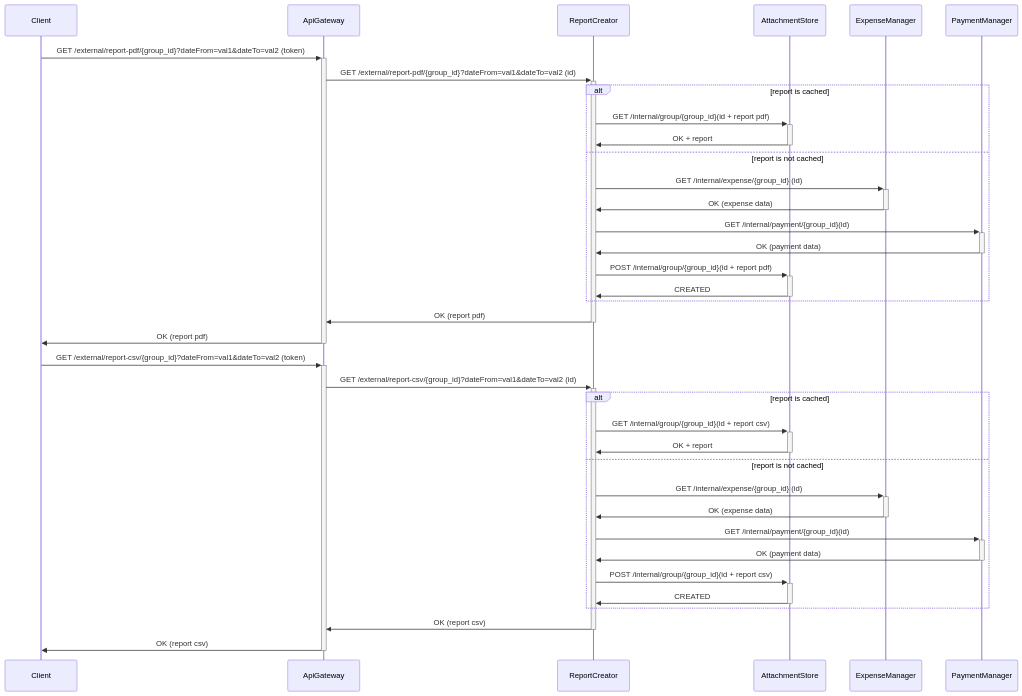
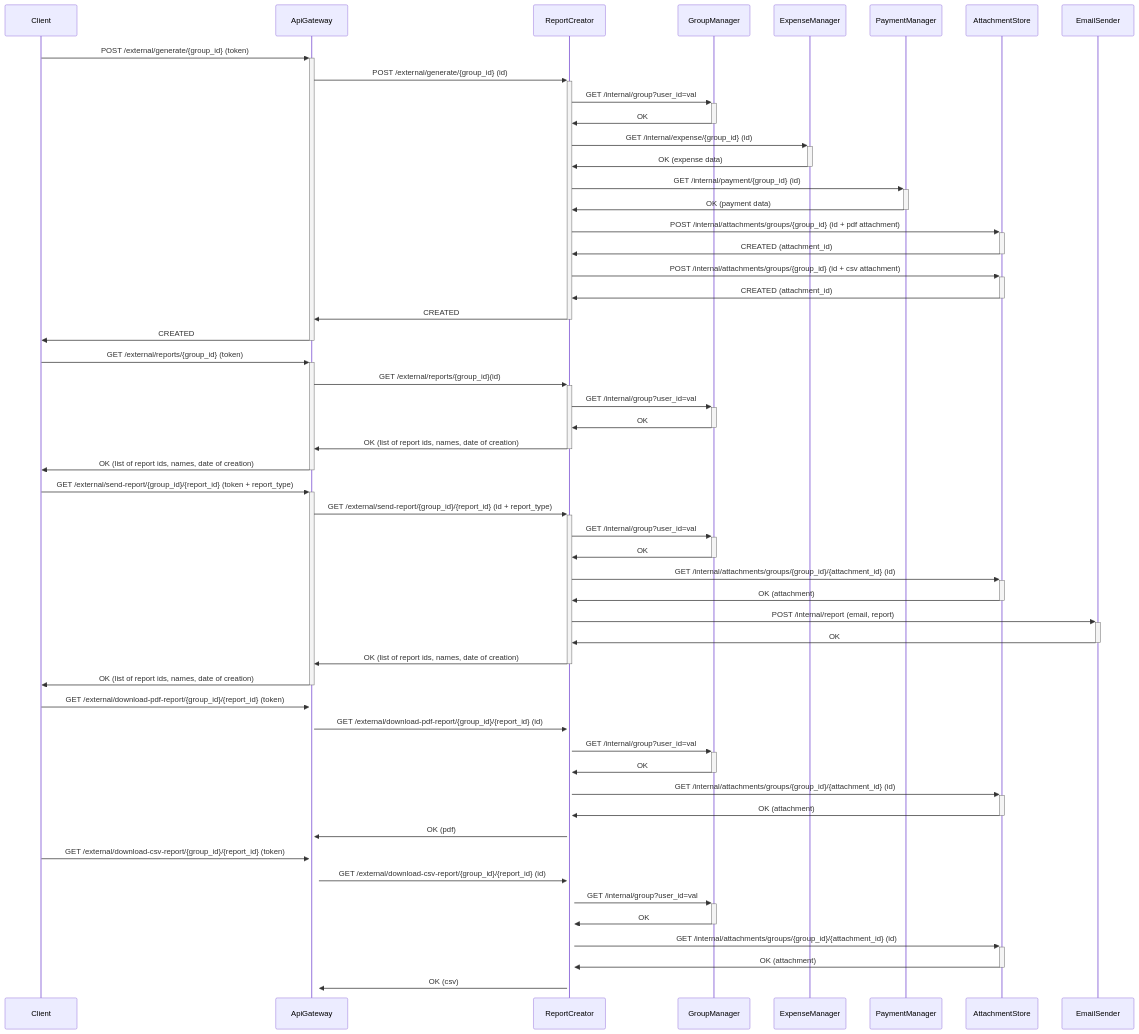
One commit to Group-Expense-Manager/gem-docs changed the ninth of 10 diagrams in docs/diagrams.md. Above: the diagram before and after it, drawn with Mermaid. The commit also changed other lines of this file and 2 other files, not shown here.

Commit message:
added Group Manager contract

````diff
--- a/docs/diagrams.md
+++ b/docs/diagrams.md
@@ -293,35 +293,52 @@
-``` mermaid
+```mermaid
 sequenceDiagram
 
-Client->>+ApiGateway: GET /external/report-pdf/{group_id}?dateFrom=val1&dateTo=val2 (token)
-ApiGateway->>+ReportCreator: GET /external/report-pdf/{group_id}?dateFrom=val1&dateTo=val2 (id)
-alt report is cached
-ReportCreator->>+ AttachmentStore: GET /internal/group/{group_id}(id + report pdf)
-AttachmentStore->>- ReportCreator: OK + report
-else report is not cached
+Client->>+ApiGateway: POST /external/generate/{group_id} (token)
+ApiGateway->>+ReportCreator: POST /external/generate/{group_id} (id)
+ReportCreator->>+GroupManager: GET /internal/group?user_id=val
+GroupManager->>-ReportCreator: OK
 ReportCreator->>+ ExpenseManager: GET /internal/expense/{group_id} (id)
 ExpenseManager->>- ReportCreator: OK (expense data)
-ReportCreator->>+ PaymentManager: GET /internal/payment/{group_id}(id)
+ReportCreator->>+ PaymentManager: GET /internal/payment/{group_id} (id)
 PaymentManager->>- ReportCreator: OK (payment data)
-ReportCreator->>+ AttachmentStore: POST /internal/group/{group_id}(id + report pdf)
-AttachmentStore->>- ReportCreator: CREATED
-end
-ReportCreator->>- ApiGateway: OK (report pdf)
-ApiGateway->>-Client: OK (report pdf)
+ReportCreator->>+AttachmentStore:  POST /internal/attachments/groups/{group_id} (id + pdf attachment)
+AttachmentStore->>-ReportCreator: CREATED (attachment_id)
+ReportCreator->>+AttachmentStore:  POST /internal/attachments/groups/{group_id} (id + csv attachment)
+AttachmentStore->>-ReportCreator: CREATED (attachment_id)
+ReportCreator->>-ApiGateway: CREATED
+ApiGateway->>-Client: CREATED
 
-Client->>+ApiGateway: GET /external/report-csv/{group_id}?dateFrom=val1&dateTo=val2 (token)
-ApiGateway->>+ReportCreator: GET /external/report-csv/{group_id}?dateFrom=val1&dateTo=val2 (id)
-alt report is cached
-ReportCreator->>+ AttachmentStore: GET /internal/group/{group_id}(id + report csv)
-AttachmentStore->>- ReportCreator: OK + report
-else report is not cached
-ReportCreator->>+ ExpenseManager: GET /internal/expense/{group_id} (id)
-ExpenseManager->>- ReportCreator: OK (expense data)
-ReportCreator->>+ PaymentManager: GET /internal/payment/{group_id}(id)
-PaymentManager->>- ReportCreator: OK (payment data)
-ReportCreator->>+ AttachmentStore: POST /internal/group/{group_id}(id + report csv)
-AttachmentStore->>- ReportCreator: CREATED
-end
-ReportCreator->>- ApiGateway: OK (report csv)
-ApiGateway->>-Client: OK (report csv)
+Client->>+ApiGateway: GET /external/reports/{group_id} (token)
+ApiGateway->>+ReportCreator: GET /external/reports/{group_id}(id)
+ReportCreator->>+GroupManager: GET /internal/group?user_id=val
+GroupManager->>-ReportCreator: OK
+ReportCreator->>-ApiGateway: OK (list of report ids, names, date of creation)
+ApiGateway->>-Client: OK (list of report ids, names, date of creation)
+
+Client->>+ApiGateway: GET /external/send-report/{group_id}/{report_id} (token + report_type)
+ApiGateway->>+ReportCreator: GET /external/send-report/{group_id}/{report_id} (id + report_type)
+ReportCreator->>+GroupManager: GET /internal/group?user_id=val
+GroupManager->>-ReportCreator: OK
+ReportCreator->>+AttachmentStore: GET /internal/attachments/groups/{group_id}/{attachment_id}  (id)
+AttachmentStore->>-ReportCreator: OK (attachment)
+ReportCreator->>+EmailSender: POST /internal/report (email, report)
+EmailSender->>-ReportCreator: OK
+ReportCreator->>-ApiGateway: OK (list of report ids, names, date of creation)
+ApiGateway->>-Client: OK (list of report ids, names, date of creation)
+
+Client->>+ApiGateway: GET /external/download-pdf-report/{group_id}/{report_id} (token)
+ApiGateway->>+ReportCreator: GET /external/download-pdf-report/{group_id}/{report_id} (id)
+ReportCreator->>+GroupManager: GET /internal/group?user_id=val
+GroupManager->>-ReportCreator: OK
+ReportCreator->>+AttachmentStore: GET /internal/attachments/groups/{group_id}/{attachment_id}  (id)
+AttachmentStore->>-ReportCreator: OK (attachment)
+ReportCreator->>+ApiGateway: OK (pdf)
+
+Client->>+ApiGateway: GET /external/download-csv-report/{group_id}/{report_id} (token)
+ApiGateway->>+ReportCreator: GET /external/download-csv-report/{group_id}/{report_id} (id)
+ReportCreator->>+GroupManager: GET /internal/group?user_id=val 
+GroupManager->>-ReportCreator: OK
+ReportCreator->>+AttachmentStore: GET /internal/attachments/groups/{group_id}/{attachment_id}  (id)
+AttachmentStore->>-ReportCreator: OK (attachment)
+ReportCreator->>+ApiGateway: OK (csv)
 ```
````
